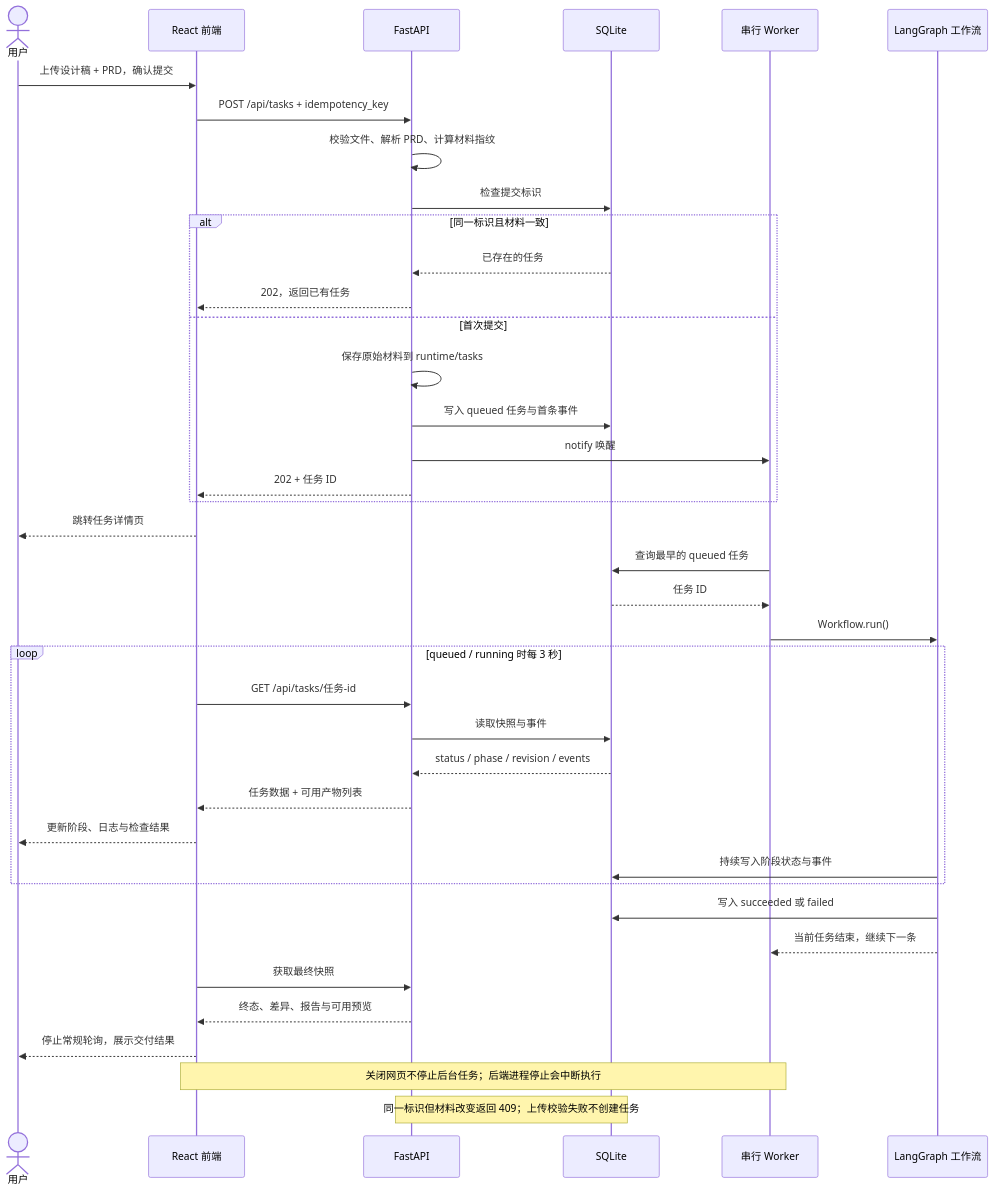
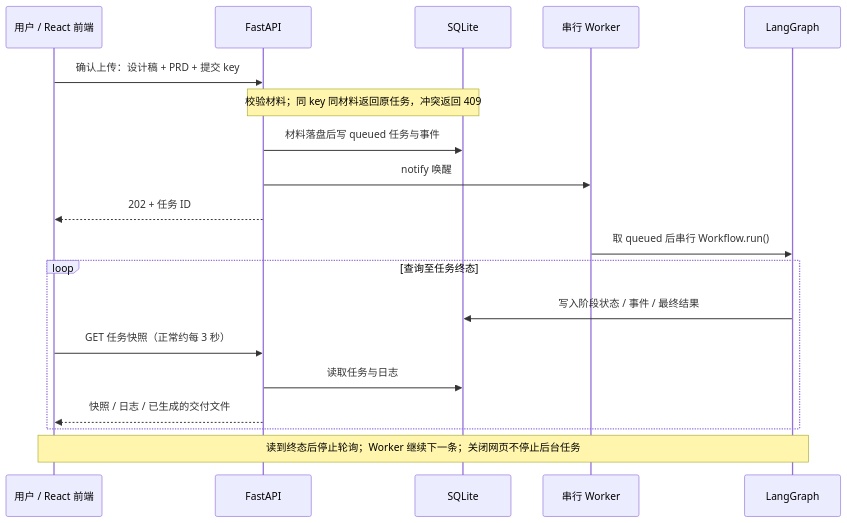
One commit to BruceZM/design-agent-mvp changed the second of 5 diagrams in docs/项目流程图.md. Above: the diagram before and after it, drawn with Mermaid. The commit also changed other lines of this file and 18 other files, not shown here.

Commit message:
Fit diagrams to screen and focus Agent execution guide

````diff
--- a/docs/项目流程图.md
+++ b/docs/项目流程图.md
@@ -61,43 +61,23 @@
 ```mermaid
 sequenceDiagram
-    accTitle: 从上传到后台交付的任务时序
-    accDescr: 提交请求返回任务 ID 后，Worker 独立执行；前端每三秒读取 SQLite 快照，结束后查看差异、报告和预览。
-    actor U as 用户
-    participant F as React 前端
+    accTitle: 上传、后台执行与 HTTP 轮询
+    accDescr: 新提交持久化后唤醒 Worker 并返回 202；Worker 串行运行工作流，前端轮询状态。提交 key 支持幂等重试。
+    participant F as 用户 / React 前端
     participant A as FastAPI
     participant S as SQLite
     participant W as 串行 Worker
-    participant G as LangGraph 工作流
-    U->>F: 上传设计稿 + PRD，确认提交
-    F->>A: POST /api/tasks + idempotency_key
-    A->>A: 校验文件、解析 PRD、计算材料指纹
-    A->>S: 检查提交标识
-    alt 同一标识且材料一致
-        S-->>A: 已存在的任务
-        A-->>F: 202，返回已有任务
-    else 首次提交
-        A->>A: 保存原始材料到 runtime/tasks
-        A->>S: 写入 queued 任务与首条事件
-        A->>W: notify 唤醒
-        A-->>F: 202 + 任务 ID
+    participant G as LangGraph
+    F->>A: 确认上传：设计稿 + PRD + 提交 key
+    Note over A,S: 校验材料；同 key 同材料返回原任务，冲突返回 409
+    A->>S: 材料落盘后写 queued 任务与事件
+    A->>W: notify 唤醒
+    A-->>F: 202 + 任务 ID
+    W->>G: 取 queued 后串行 Workflow.run()
+    loop 查询至任务终态
+        G->>S: 写入阶段状态 / 事件 / 最终结果
+        F->>A: GET 任务快照（正常约每 3 秒）
+        A->>S: 读取任务与日志
+        A-->>F: 快照 / 日志 / 已生成的交付文件
     end
-    F-->>U: 跳转任务详情页
-    W->>S: 查询最早的 queued 任务
-    S-->>W: 任务 ID
-    W->>G: Workflow.run()
-    loop queued / running 时每 3 秒
-        F->>A: GET /api/tasks/任务-id
-        A->>S: 读取快照与事件
-        S-->>A: status / phase / revision / events
-        A-->>F: 任务数据 + 可用产物列表
-        F-->>U: 更新阶段、日志与检查结果
-        G->>S: 持续写入阶段状态与事件
-    end
-    G->>S: 写入 succeeded 或 failed
-    G-->>W: 当前任务结束，继续下一条
-    F->>A: 获取最终快照
-    A-->>F: 终态、差异、报告与可用预览
-    F-->>U: 停止常规轮询，展示交付结果
-    Note over F,W: 关闭网页不停止后台任务；后端进程停止会中断执行
-    Note over A,S: 同一标识但材料改变返回 409；上传校验失败不创建任务
+    Note over F,G: 读到终态后停止轮询；Worker 继续下一条；关闭网页不停止后台任务
 ```
````
